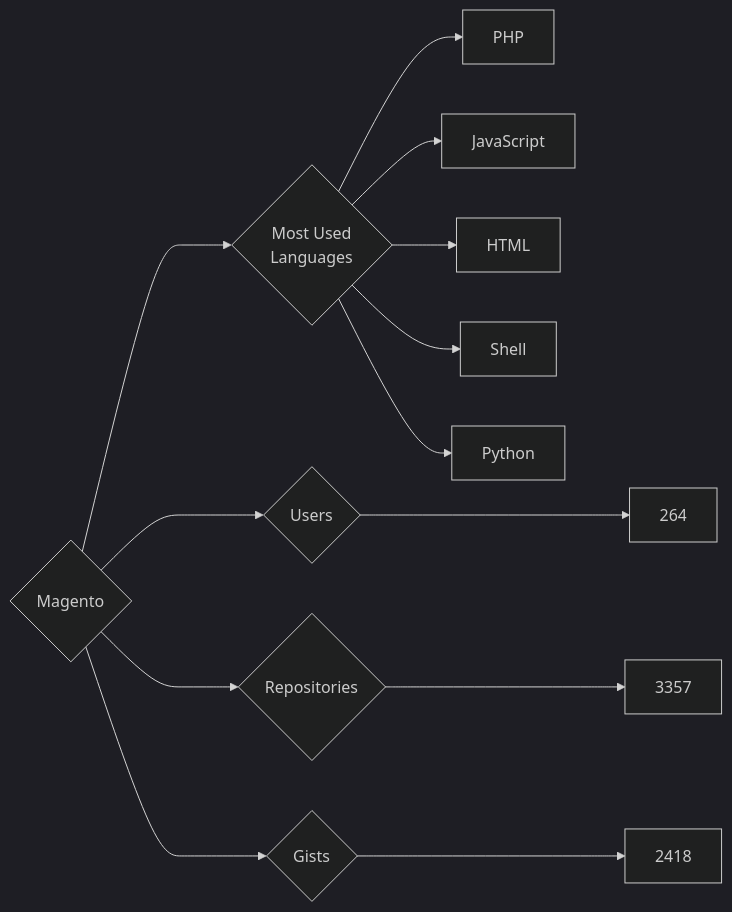
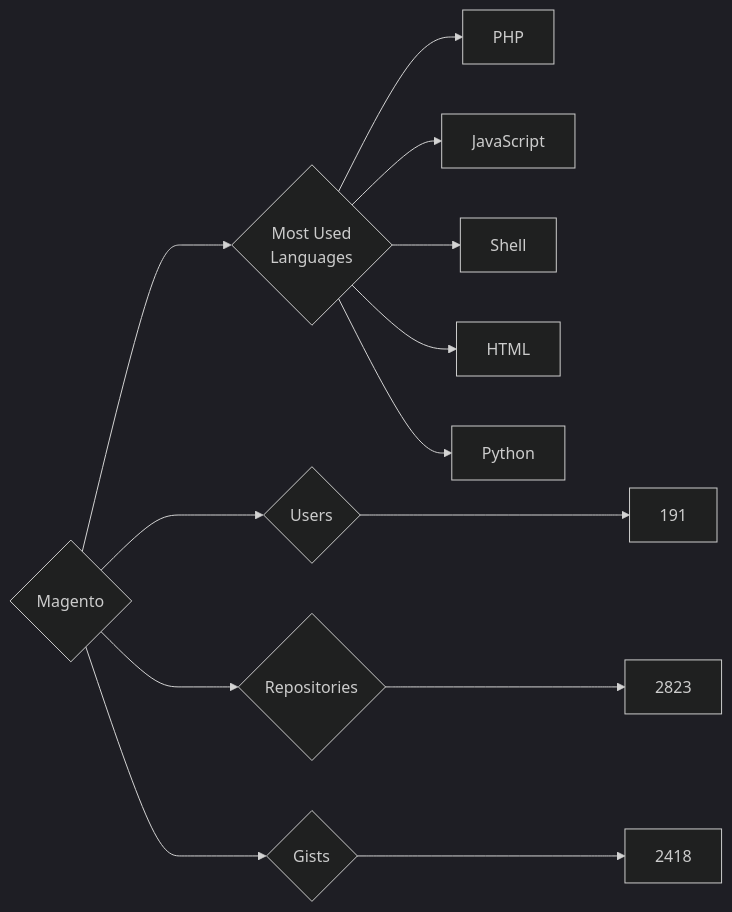
One commit to trickest/insiders changed the diagram in targets/Magento/README.md. Above: the diagram before and after it, drawn with Mermaid (dark theme). The commit also changed 894 other files, not shown here.

````diff
--- a/targets/Magento/README.md
+++ b/targets/Magento/README.md
@@ -3,13 +3,13 @@
 ```mermaid
 graph LR
 COMPANY_NAME{Magento}
-COMPANY_NAME ---> U{Users} ---> UN[264]
-COMPANY_NAME ---> R{Repositories} ---> RN[3357]
+COMPANY_NAME ---> U{Users} ---> UN[191]
+COMPANY_NAME ---> R{Repositories} ---> RN[2823]
 COMPANY_NAME ---> G{Gists} ---> GN[2418]
 COMPANY_NAME ---> ML{Most Used<br>Languages}
 ML --> PHP[PHP]
 ML --> JavaScript[JavaScript]
+ML --> Shell[Shell]
 ML --> HTML[HTML]
-ML --> Shell[Shell]
 ML --> Python[Python]
 ```
````
